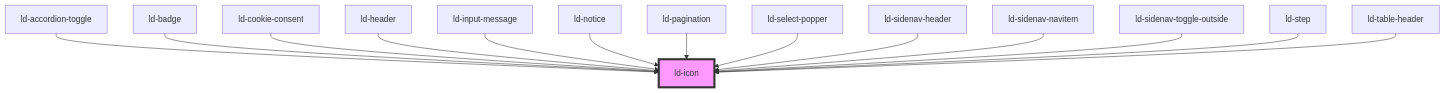
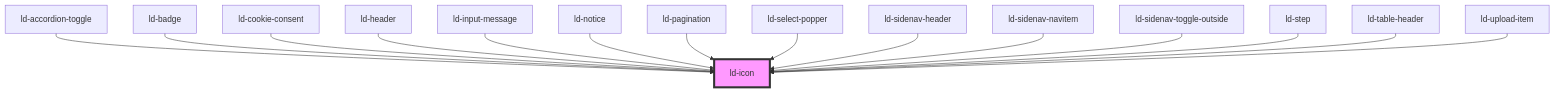
One commit to emdgroup-liquid/liquid changed the diagram in src/liquid/components/ld-icon/readme.md. Above: the diagram before and after it, drawn with Mermaid. The commit also changed other lines of this file and 17 other files, not shown here.

````diff
--- a/src/liquid/components/ld-icon/readme.md
+++ b/src/liquid/components/ld-icon/readme.md
@@ -378,17 +379,18 @@
 ```mermaid
 graph TD;
   ld-accordion-toggle --> ld-icon
   ld-badge --> ld-icon
   ld-cookie-consent --> ld-icon
   ld-header --> ld-icon
   ld-input-message --> ld-icon
   ld-notice --> ld-icon
   ld-pagination --> ld-icon
   ld-select-popper --> ld-icon
   ld-sidenav-header --> ld-icon
   ld-sidenav-navitem --> ld-icon
   ld-sidenav-toggle-outside --> ld-icon
   ld-step --> ld-icon
   ld-table-header --> ld-icon
+  ld-upload-item --> ld-icon
   style ld-icon fill:#f9f,stroke:#333,stroke-width:4px
 ```
````
